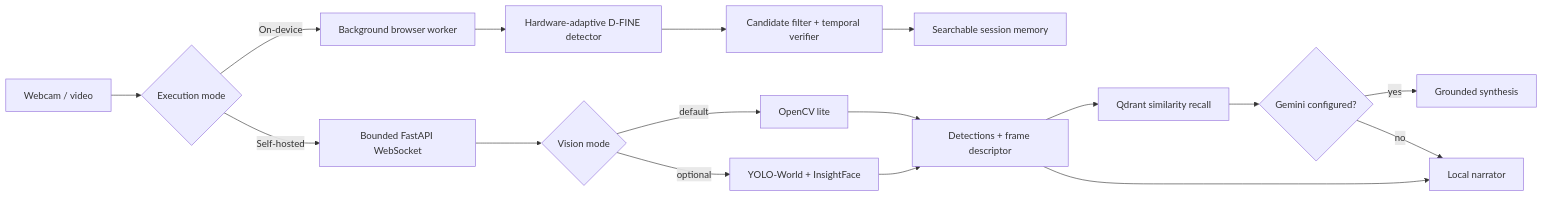
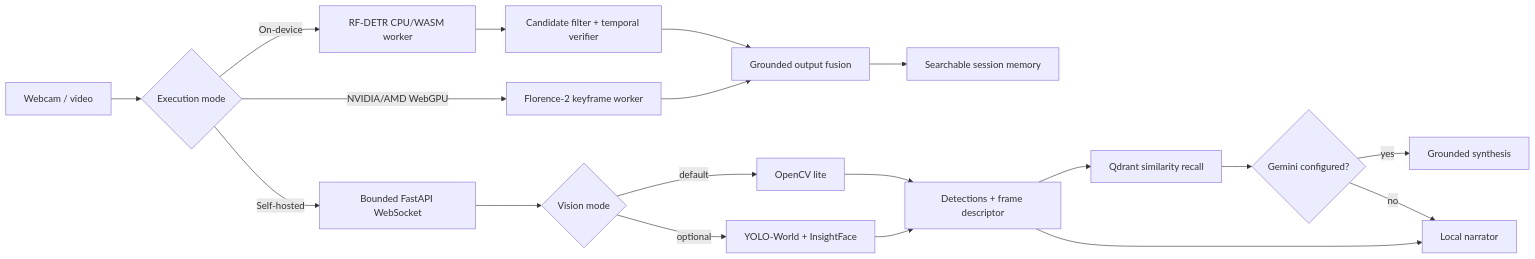
Before and after one commit to muhammadmahadazher/sota-vision-rag-pipeline: the diagram in README.md, drawn with Mermaid. The commit also changed other lines of this file and 18 other files, not shown here.

Commit message:
feat: replace browser vision architecture

```diff
--- a/README.md
+++ b/README.md
@@ -27,19 +27,21 @@
 ~~~mermaid
 flowchart LR
     A["Webcam / video"] --> B{"Execution mode"}
-    B -->|"On-device"| C["Background browser worker"]
-    C --> D["Hardware-adaptive D-FINE detector"]
-    D --> E["Candidate filter + temporal verifier"]
-    E --> F["Searchable session memory"]
+    B -->|"On-device"| C["RF-DETR CPU/WASM worker"]
+    C --> D["Candidate filter + temporal verifier"]
+    B -->|"NVIDIA/AMD WebGPU"| E["Florence-2 keyframe worker"]
+    D --> F["Grounded output fusion"]
+    E --> F
+    F --> P["Searchable session memory"]
     B -->|"Self-hosted"| G["Bounded FastAPI WebSocket"]
     G --> H{"Vision mode"}
     H -->|"default"| I["OpenCV lite"]
     H -->|"optional"| J["YOLO-World + InsightFace"]
     I --> K["Detections + frame descriptor"]
     J --> K
     K --> L["Qdrant similarity recall"]
     K --> M["Local narrator"]
     L --> N{"Gemini configured?"}
     N -->|"yes"| O["Grounded synthesis"]
     N -->|"no"| M
 ~~~
```
